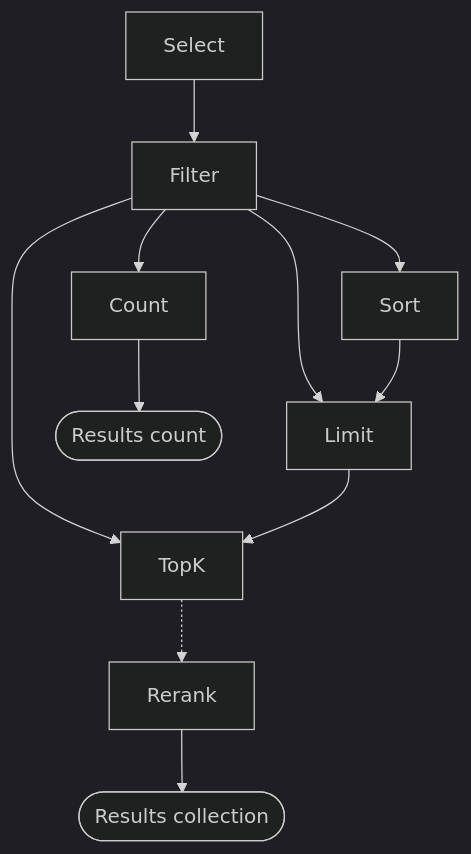
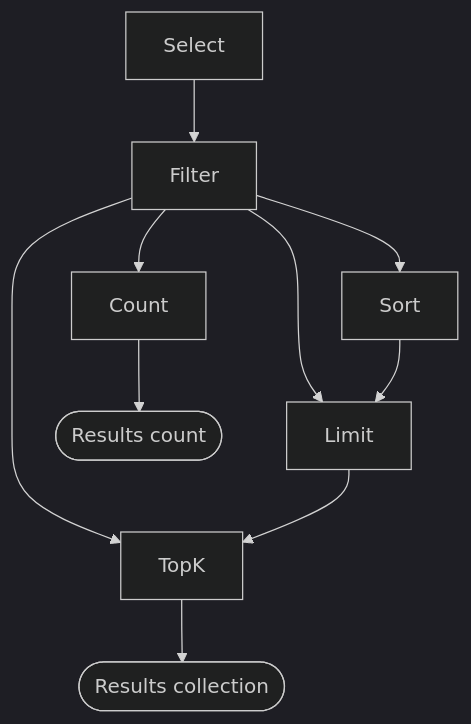
Before and after one commit to topk-io/topk: the diagram in docs/documents/query.mdx, drawn with Mermaid (dark theme). The commit also changed other lines of this file and 34 other files, not shown here.

````diff
--- a/docs/documents/query.mdx
+++ b/docs/documents/query.mdx
@@ -31,14 +30,13 @@
 ```mermaid
 flowchart TD
     A[Select]
     A --> B[Filter]
     B --> C[Sort]
     B --> D[Limit]
     B --> E[TopK]
     B --> F[Count]
     C --> D
     D --> E
-    E -.-> G[Rerank]
-    G --> H@{ shape: stadium, label: "Results collection" }
+    E --> H@{ shape: stadium, label: "Results collection" }
     F --> I@{ shape: stadium, label: "Results count" }
 ```
````
